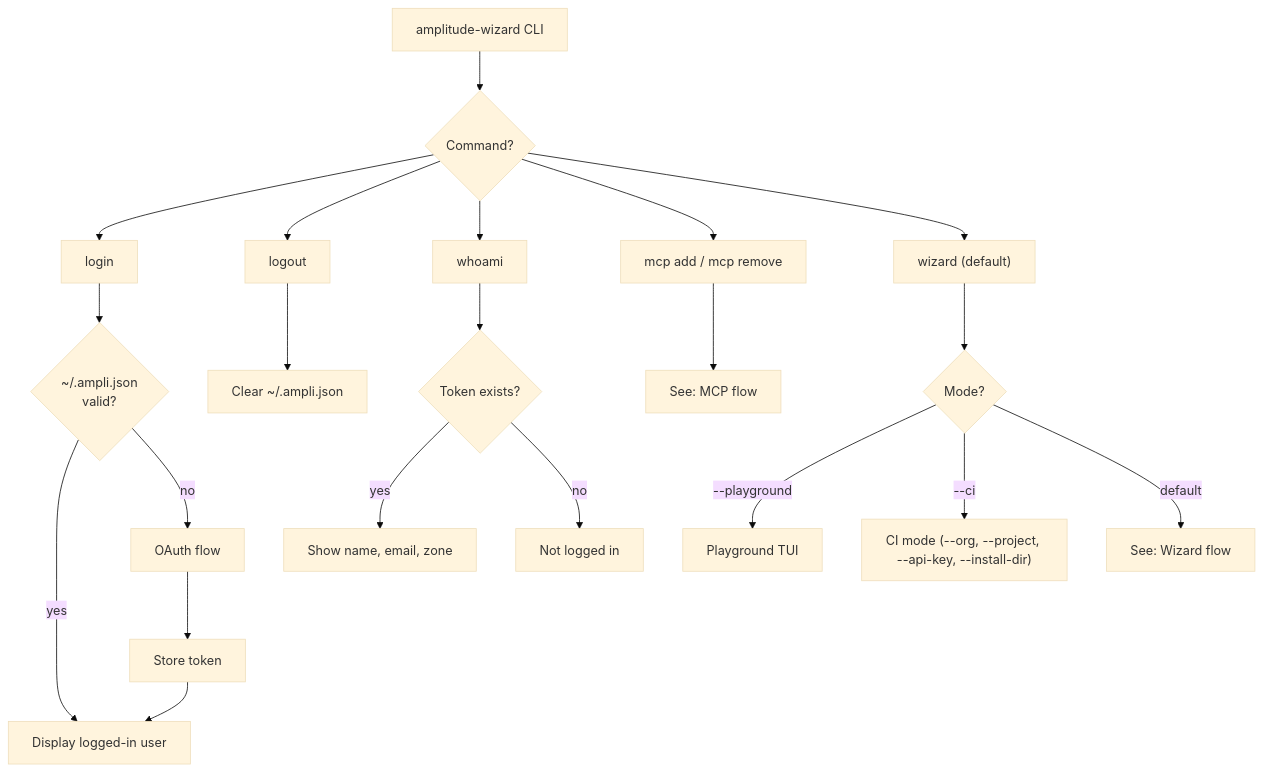
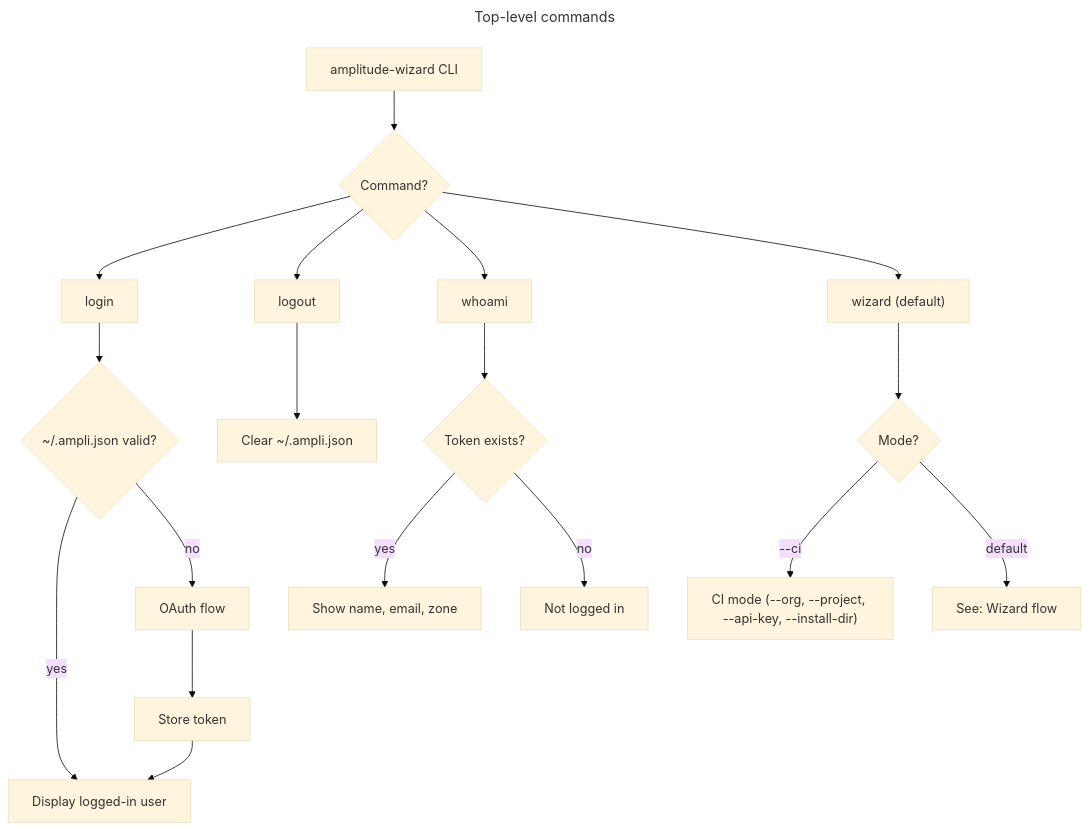
The first of 8 diagrams in docs/flows.md (amplitude/wizard), drawn with Mermaid (base theme) before and after one commit. The commit also changed other lines of this file and 17 other files, not shown here.

First line of the commit message:
Add CLAUDE.md, expand flows, and update docs

````diff
--- a/docs/flows.md
+++ b/docs/flows.md
@@ -25,27 +24,26 @@
 ```mermaid
+---
+title: Top-level commands
+---
 flowchart TD
     CLI["amplitude-wizard CLI"] --> CMD{Command?}
 
     CMD --> LOGIN["login"]
     CMD --> LOGOUT["logout"]
     CMD --> WHOAMI["whoami"]
-    CMD --> MCP_CMD["mcp add / mcp remove"]
     CMD --> WIZARD["wizard (default)"]
 
-    LOGIN --> LOGIN_CHECK{~/.ampli.json\nvalid?}
+    LOGIN --> LOGIN_CHECK{~/.ampli.json valid?}
     LOGIN_CHECK -->|yes| LOGIN_DONE["Display logged-in user"]
     LOGIN_CHECK -->|no| OAUTH["OAuth flow"] --> STORE["Store token"] --> LOGIN_DONE
 
     LOGOUT --> CLEAR["Clear ~/.ampli.json"]
 
     WHOAMI --> CHECK_TOKEN{Token exists?}
     CHECK_TOKEN -->|yes| SHOW_USER["Show name, email, zone"]
     CHECK_TOKEN -->|no| NOT_LOGGED_IN["Not logged in"]
 
-    MCP_CMD --> MCP_FLOW["See: MCP flow"]
-
     WIZARD --> MODE{Mode?}
-    MODE -->|--playground| PLAYGROUND["Playground TUI"]
     MODE -->|--ci| CI["CI mode (--org, --project, --api-key, --install-dir)"]
     MODE -->|default| W["See: Wizard flow"]
 ```
````
